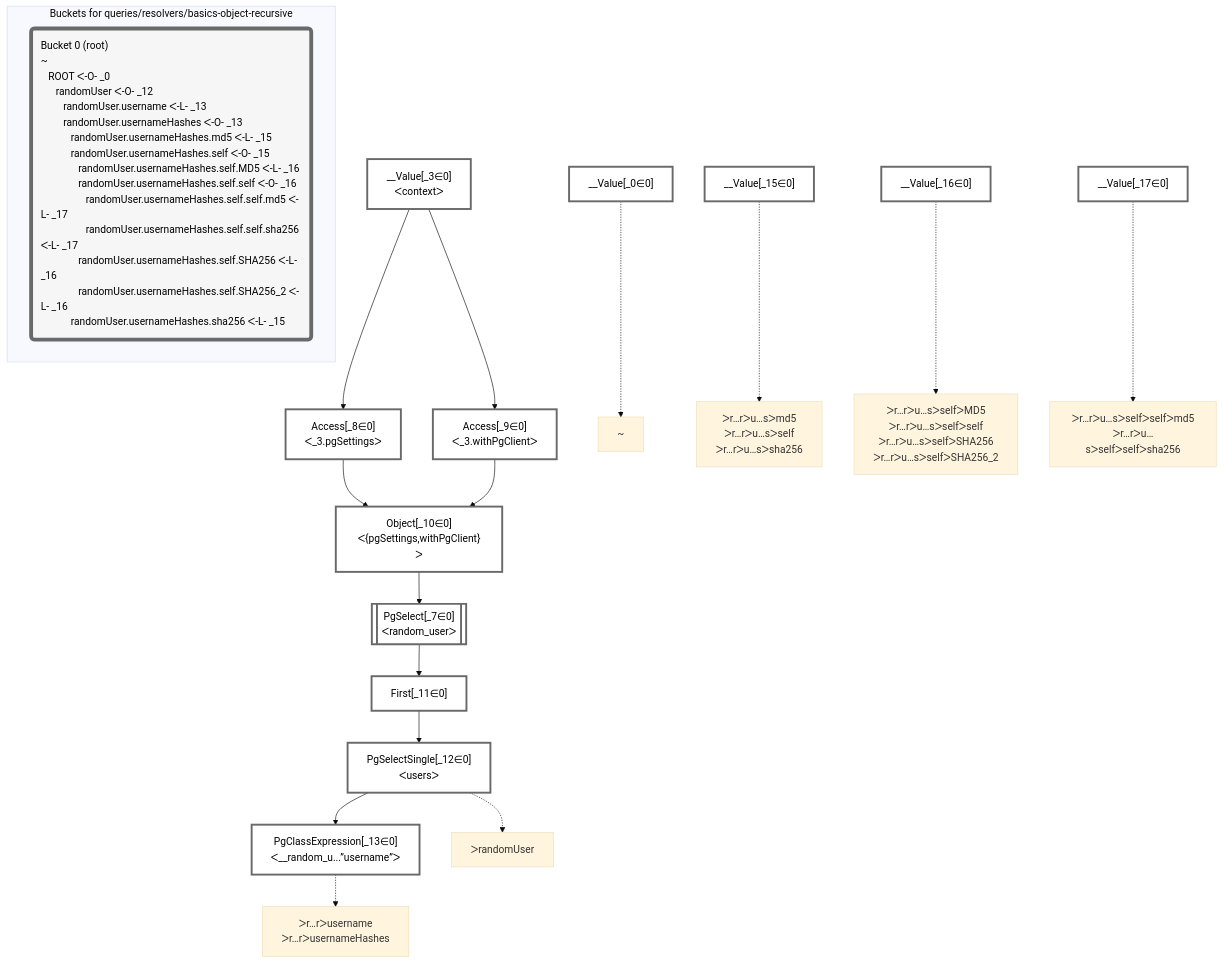
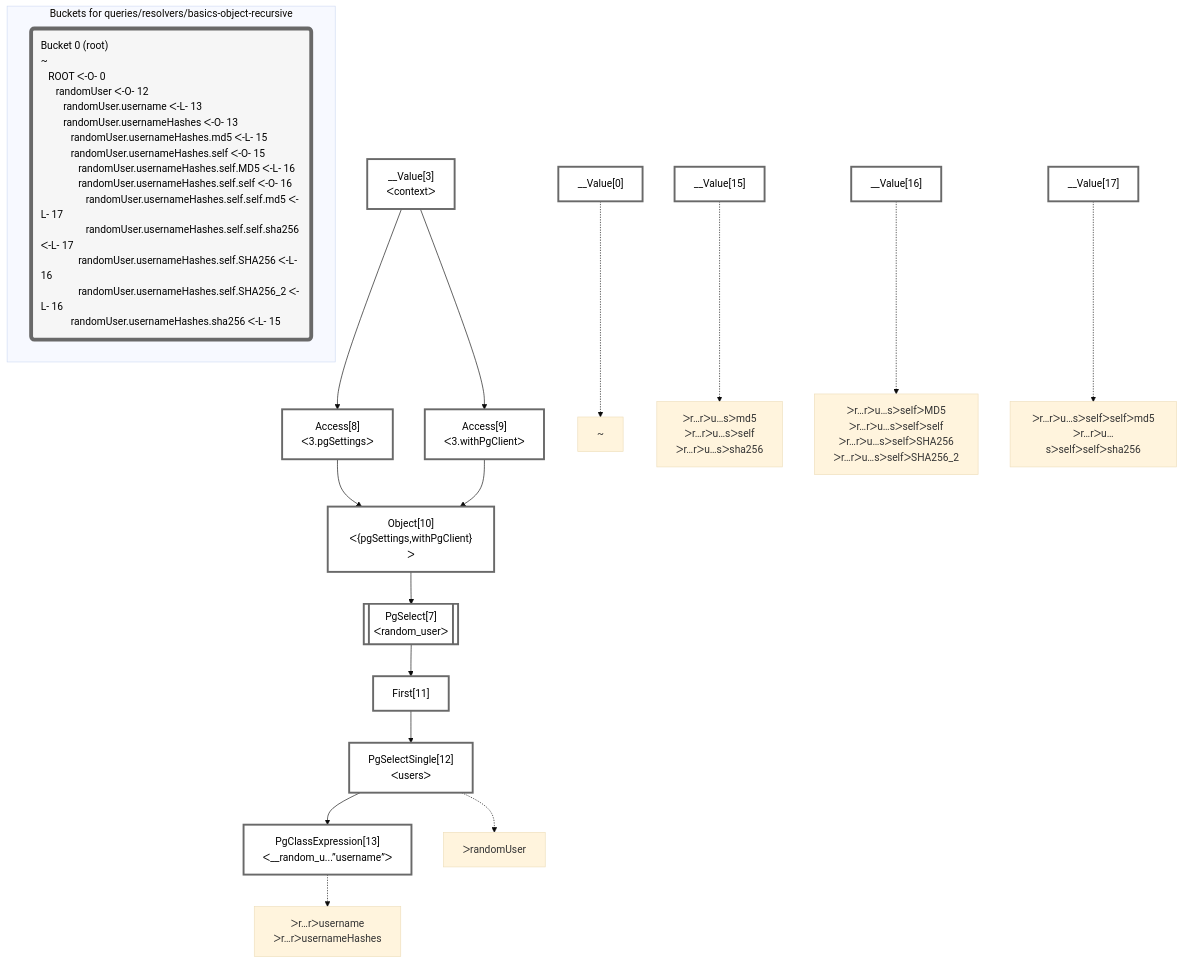
One commit to graphile/crystal changed the diagram in packages/dataplan-pg/__tests__/queries/resolvers/basics-object-recursive.mermaid.md. Above: the diagram before and after it, drawn with Mermaid (base theme). The commit also changed 195 other files, not shown here.

````diff
--- a/packages/dataplan-pg/__tests__/queries/resolvers/basics-object-recursive.mermaid.md
+++ b/packages/dataplan-pg/__tests__/queries/resolvers/basics-object-recursive.mermaid.md
@@ -1,52 +1,52 @@
 ```mermaid
 graph TD
     classDef path fill:#eee,stroke:#000,color:#000
     classDef plan fill:#fff,stroke-width:3px,color:#000
     classDef itemplan fill:#fff,stroke-width:6px,color:#000
     classDef sideeffectplan fill:#f00,stroke-width:6px,color:#000
     classDef bucket fill:#f6f6f6,color:#000,stroke-width:6px,text-align:left
 
 
     %% define plans
-    __Value_0["__Value[_0∈0]"]:::plan
-    PgClassExpression_13["PgClassExpression[_13∈0]<br />ᐸ__random_u...”username”ᐳ"]:::plan
-    PgSelectSingle_12["PgSelectSingle[_12∈0]<br />ᐸusersᐳ"]:::plan
-    First_11["First[_11∈0]"]:::plan
-    PgSelect_7[["PgSelect[_7∈0]<br />ᐸrandom_userᐳ"]]:::plan
-    Object_10["Object[_10∈0]<br />ᐸ{pgSettings,withPgClient}ᐳ"]:::plan
-    Access_8["Access[_8∈0]<br />ᐸ_3.pgSettingsᐳ"]:::plan
-    Access_9["Access[_9∈0]<br />ᐸ_3.withPgClientᐳ"]:::plan
-    __Value_3["__Value[_3∈0]<br />ᐸcontextᐳ"]:::plan
-    __Value_15["__Value[_15∈0]"]:::plan
-    __Value_16["__Value[_16∈0]"]:::plan
-    __Value_17["__Value[_17∈0]"]:::plan
+    __Value0["__Value[0]"]:::plan
+    PgClassExpression13["PgClassExpression[13]<br />ᐸ__random_u...”username”ᐳ"]:::plan
+    PgSelectSingle12["PgSelectSingle[12]<br />ᐸusersᐳ"]:::plan
+    First11["First[11]"]:::plan
+    PgSelect7[["PgSelect[7]<br />ᐸrandom_userᐳ"]]:::plan
+    Object10["Object[10]<br />ᐸ{pgSettings,withPgClient}ᐳ"]:::plan
+    Access8["Access[8]<br />ᐸ3.pgSettingsᐳ"]:::plan
+    Access9["Access[9]<br />ᐸ3.withPgClientᐳ"]:::plan
+    __Value3["__Value[3]<br />ᐸcontextᐳ"]:::plan
+    __Value15["__Value[15]"]:::plan
+    __Value16["__Value[16]"]:::plan
+    __Value17["__Value[17]"]:::plan
 
     %% plan dependencies
-    PgSelectSingle_12 --> PgClassExpression_13
-    First_11 --> PgSelectSingle_12
-    PgSelect_7 --> First_11
-    Object_10 --> PgSelect_7
-    Access_8 & Access_9 --> Object_10
-    __Value_3 --> Access_8
-    __Value_3 --> Access_9
+    PgSelectSingle12 --> PgClassExpression13
+    First11 --> PgSelectSingle12
+    PgSelect7 --> First11
+    Object10 --> PgSelect7
+    Access8 & Access9 --> Object10
+    __Value3 --> Access8
+    __Value3 --> Access9
 
     %% plan-to-path relationships
-    P_0["~"]
-    __Value_0 -.-> P_0
-    P_12["ᐳrandomUser"]
-    PgSelectSingle_12 -.-> P_12
-    P_13["ᐳr…rᐳusername<br />ᐳr…rᐳusernameHashes"]
-    PgClassExpression_13 -.-> P_13
-    P_15["ᐳr…rᐳu…sᐳmd5<br />ᐳr…rᐳu…sᐳself<br />ᐳr…rᐳu…sᐳsha256"]
-    __Value_15 -.-> P_15
-    P_16["ᐳr…rᐳu…sᐳselfᐳMD5<br />ᐳr…rᐳu…sᐳselfᐳself<br />ᐳr…rᐳu…sᐳselfᐳSHA256<br />ᐳr…rᐳu…sᐳselfᐳSHA256_2"]
-    __Value_16 -.-> P_16
-    P_17["ᐳr…rᐳu…sᐳselfᐳselfᐳmd5<br />ᐳr…rᐳu…sᐳselfᐳselfᐳsha256"]
-    __Value_17 -.-> P_17
+    P0["~"]
+    __Value0 -.-> P0
+    P12["ᐳrandomUser"]
+    PgSelectSingle12 -.-> P12
+    P13["ᐳr…rᐳusername<br />ᐳr…rᐳusernameHashes"]
+    PgClassExpression13 -.-> P13
+    P15["ᐳr…rᐳu…sᐳmd5<br />ᐳr…rᐳu…sᐳself<br />ᐳr…rᐳu…sᐳsha256"]
+    __Value15 -.-> P15
+    P16["ᐳr…rᐳu…sᐳselfᐳMD5<br />ᐳr…rᐳu…sᐳselfᐳself<br />ᐳr…rᐳu…sᐳselfᐳSHA256<br />ᐳr…rᐳu…sᐳselfᐳSHA256_2"]
+    __Value16 -.-> P16
+    P17["ᐳr…rᐳu…sᐳselfᐳselfᐳmd5<br />ᐳr…rᐳu…sᐳselfᐳselfᐳsha256"]
+    __Value17 -.-> P17
 
     subgraph "Buckets for queries/resolvers/basics-object-recursive"
-    Bucket0("Bucket 0 (root)<br />~<br />⠀ROOT ᐸ-O- _0<br />⠀⠀randomUser ᐸ-O- _12<br />⠀⠀⠀randomUser.username ᐸ-L- _13<br />⠀⠀⠀randomUser.usernameHashes ᐸ-O- _13<br />⠀⠀⠀⠀randomUser.usernameHashes.md5 ᐸ-L- _15<br />⠀⠀⠀⠀randomUser.usernameHashes.self ᐸ-O- _15<br />⠀⠀⠀⠀⠀randomUser.usernameHashes.self.MD5 ᐸ-L- _16<br />⠀⠀⠀⠀⠀randomUser.usernameHashes.self.self ᐸ-O- _16<br />⠀⠀⠀⠀⠀⠀randomUser.usernameHashes.self.self.md5 ᐸ-L- _17<br />⠀⠀⠀⠀⠀⠀randomUser.usernameHashes.self.self.sha256 ᐸ-L- _17<br />⠀⠀⠀⠀⠀randomUser.usernameHashes.self.SHA256 ᐸ-L- _16<br />⠀⠀⠀⠀⠀randomUser.usernameHashes.self.SHA256_2 ᐸ-L- _16<br />⠀⠀⠀⠀randomUser.usernameHashes.sha256 ᐸ-L- _15"):::bucket
+    Bucket0("Bucket 0 (root)<br />~<br />⠀ROOT ᐸ-O- 0<br />⠀⠀randomUser ᐸ-O- 12<br />⠀⠀⠀randomUser.username ᐸ-L- 13<br />⠀⠀⠀randomUser.usernameHashes ᐸ-O- 13<br />⠀⠀⠀⠀randomUser.usernameHashes.md5 ᐸ-L- 15<br />⠀⠀⠀⠀randomUser.usernameHashes.self ᐸ-O- 15<br />⠀⠀⠀⠀⠀randomUser.usernameHashes.self.MD5 ᐸ-L- 16<br />⠀⠀⠀⠀⠀randomUser.usernameHashes.self.self ᐸ-O- 16<br />⠀⠀⠀⠀⠀⠀randomUser.usernameHashes.self.self.md5 ᐸ-L- 17<br />⠀⠀⠀⠀⠀⠀randomUser.usernameHashes.self.self.sha256 ᐸ-L- 17<br />⠀⠀⠀⠀⠀randomUser.usernameHashes.self.SHA256 ᐸ-L- 16<br />⠀⠀⠀⠀⠀randomUser.usernameHashes.self.SHA256_2 ᐸ-L- 16<br />⠀⠀⠀⠀randomUser.usernameHashes.sha256 ᐸ-L- 15"):::bucket
     classDef bucket0 stroke:#696969
-    class Bucket0,__Value_0,__Value_3,PgSelect_7,Access_8,Access_9,Object_10,First_11,PgSelectSingle_12,PgClassExpression_13,__Value_15,__Value_16,__Value_17 bucket0
+    class Bucket0,__Value0,__Value3,PgSelect7,Access8,Access9,Object10,First11,PgSelectSingle12,PgClassExpression13,__Value15,__Value16,__Value17 bucket0
     end
 ```
````
